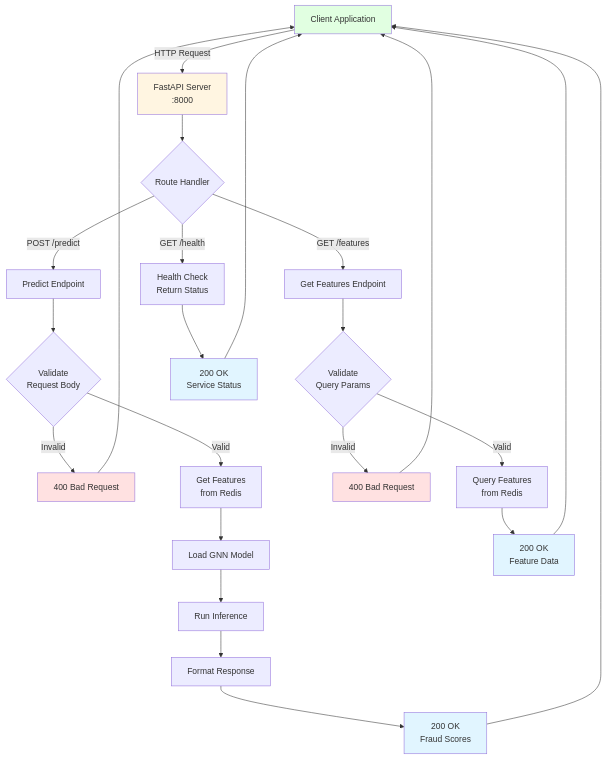
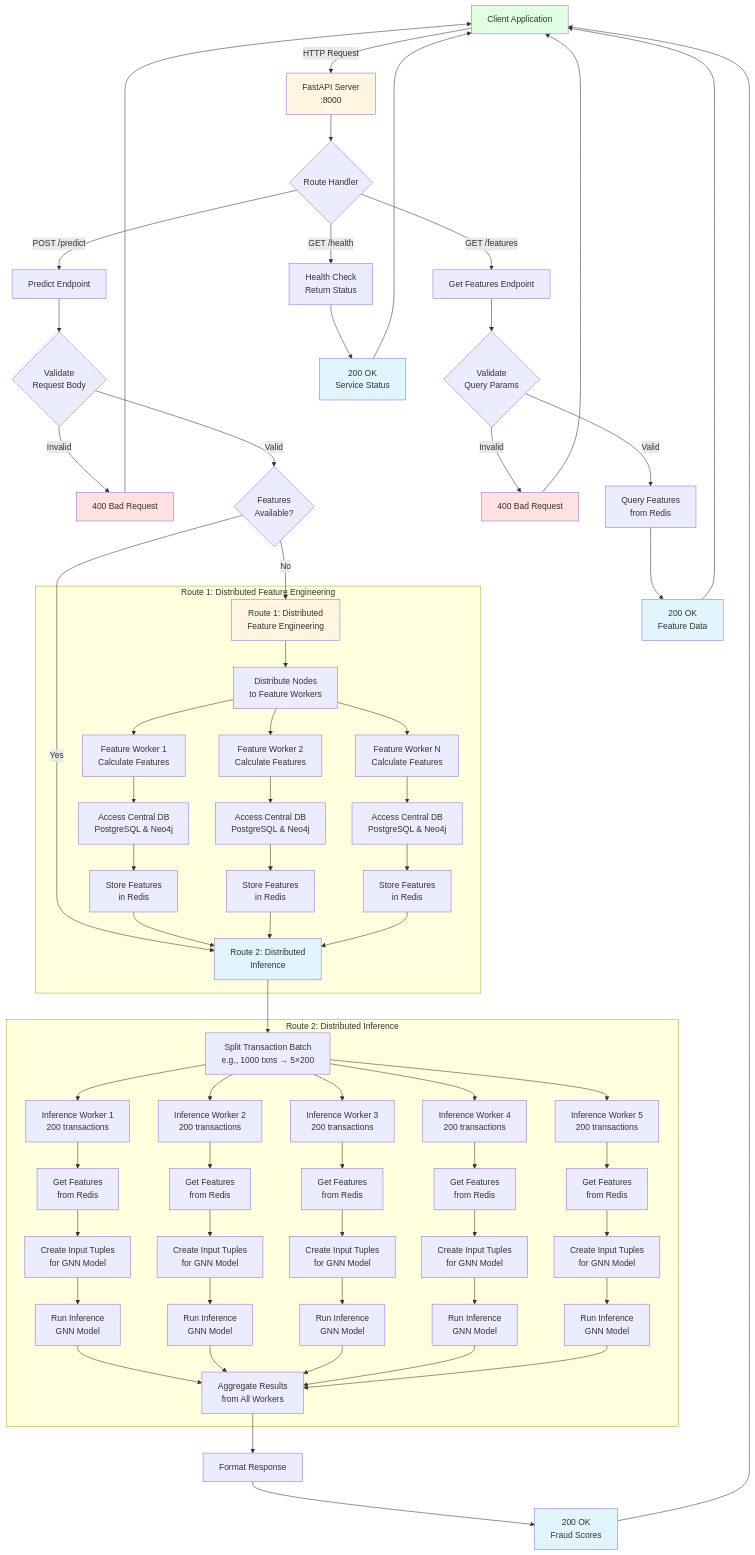
The tenth of 12 diagrams in readme/architecture/PROJECT_DIAGRAMS.md (jayeshakhare33/DiFE), drawn with Mermaid before and after one commit. The commit also changed other lines of this file, not shown here.

```diff
--- a/readme/architecture/PROJECT_DIAGRAMS.md
+++ b/readme/architecture/PROJECT_DIAGRAMS.md
@@ -447,11 +490,64 @@
     
     Predict --> ValidateReq{Validate<br/>Request Body}
     ValidateReq -->|Invalid| Error1[400 Bad Request]
-    ValidateReq -->|Valid| GetFeat[Get Features<br/>from Redis]
+    ValidateReq -->|Valid| CheckFeat{Features<br/>Available?}
     
-    GetFeat --> LoadMod[Load GNN Model]
-    LoadMod --> RunInf[Run Inference]
-    RunInf --> Format[Format Response]
+    CheckFeat -->|No| Route1[Route 1: Distributed<br/>Feature Engineering]
+    CheckFeat -->|Yes| Route2[Route 2: Distributed<br/>Inference]
+    
+    subgraph "Route 1: Distributed Feature Engineering"
+        Route1 --> DistFE[Distribute Nodes<br/>to Feature Workers]
+        DistFE --> FE1[Feature Worker 1<br/>Calculate Features]
+        DistFE --> FE2[Feature Worker 2<br/>Calculate Features]
+        DistFE --> FE3[Feature Worker N<br/>Calculate Features]
+        
+        FE1 --> Access1[Access Central DB<br/>PostgreSQL & Neo4j]
+        FE2 --> Access2[Access Central DB<br/>PostgreSQL & Neo4j]
+        FE3 --> Access3[Access Central DB<br/>PostgreSQL & Neo4j]
+        
+        Access1 --> Store1[Store Features<br/>in Redis]
+        Access2 --> Store2[Store Features<br/>in Redis]
+        Access3 --> Store3[Store Features<br/>in Redis]
+        
+        Store1 --> Route2
+        Store2 --> Route2
+        Store3 --> Route2
+    end
+    
+    subgraph "Route 2: Distributed Inference"
+        Route2 --> BatchSplit[Split Transaction Batch<br/>e.g., 1000 txns → 5×200]
+        BatchSplit --> Inf1[Inference Worker 1<br/>200 transactions]
+        BatchSplit --> Inf2[Inference Worker 2<br/>200 transactions]
+        BatchSplit --> Inf3[Inference Worker 3<br/>200 transactions]
+        BatchSplit --> Inf4[Inference Worker 4<br/>200 transactions]
+        BatchSplit --> Inf5[Inference Worker 5<br/>200 transactions]
+        
+        Inf1 --> GetFeat1[Get Features<br/>from Redis]
+        Inf2 --> GetFeat2[Get Features<br/>from Redis]
+        Inf3 --> GetFeat3[Get Features<br/>from Redis]
+        Inf4 --> GetFeat4[Get Features<br/>from Redis]
+        Inf5 --> GetFeat5[Get Features<br/>from Redis]
+        
+        GetFeat1 --> CreateTuple1[Create Input Tuples<br/>for GNN Model]
+        GetFeat2 --> CreateTuple2[Create Input Tuples<br/>for GNN Model]
+        GetFeat3 --> CreateTuple3[Create Input Tuples<br/>for GNN Model]
+        GetFeat4 --> CreateTuple4[Create Input Tuples<br/>for GNN Model]
+        GetFeat5 --> CreateTuple5[Create Input Tuples<br/>for GNN Model]
+        
+        CreateTuple1 --> RunInf1[Run Inference<br/>GNN Model]
+        CreateTuple2 --> RunInf2[Run Inference<br/>GNN Model]
+        CreateTuple3 --> RunInf3[Run Inference<br/>GNN Model]
+        CreateTuple4 --> RunInf4[Run Inference<br/>GNN Model]
+        CreateTuple5 --> RunInf5[Run Inference<br/>GNN Model]
+        
+        RunInf1 --> Aggregate[Aggregate Results<br/>from All Workers]
+        RunInf2 --> Aggregate
+        RunInf3 --> Aggregate
+        RunInf4 --> Aggregate
+        RunInf5 --> Aggregate
+    end
+    
+    Aggregate --> Format[Format Response]
     Format --> Return1[200 OK<br/>Fraud Scores]
     
     Features --> ValidateQuery{Validate<br/>Query Params}
@@ -469,6 +565,8 @@
     
     style Client fill:#e1ffe1
     style API fill:#fff5e1
+    style Route1 fill:#fff5e1
+    style Route2 fill:#e1f5ff
     style Return1 fill:#e1f5ff
     style Return2 fill:#e1f5ff
     style Return3 fill:#e1f5ff
```
